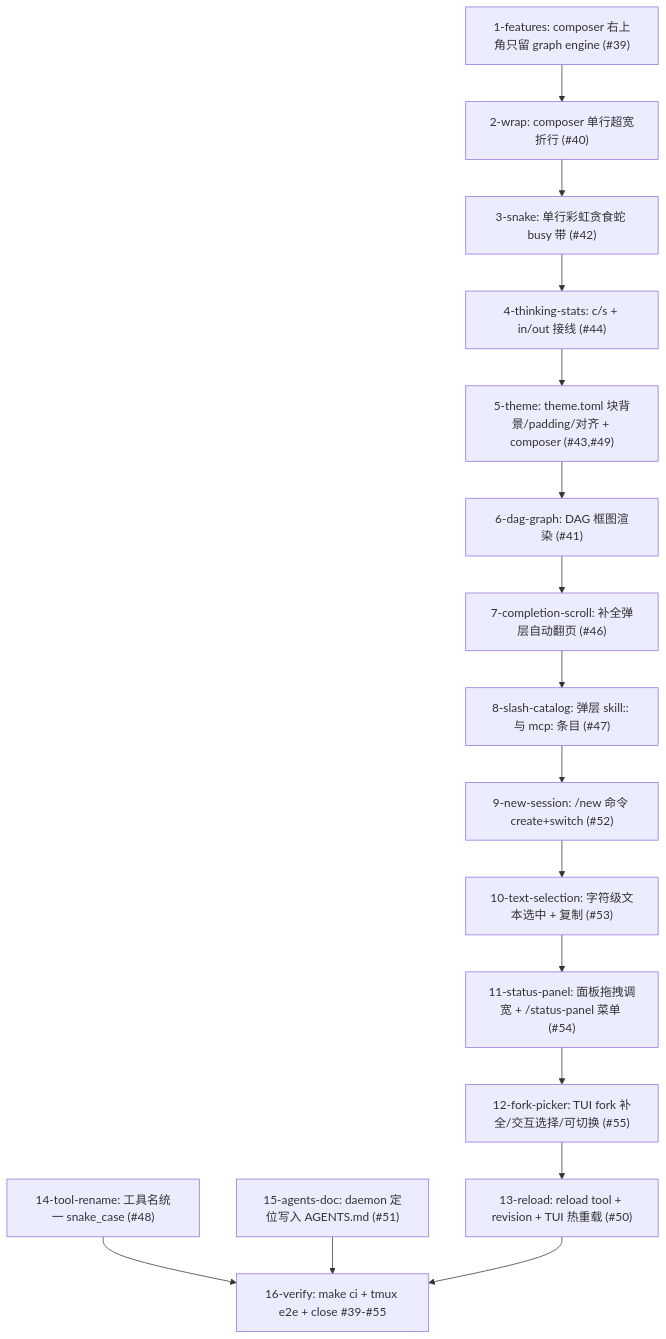
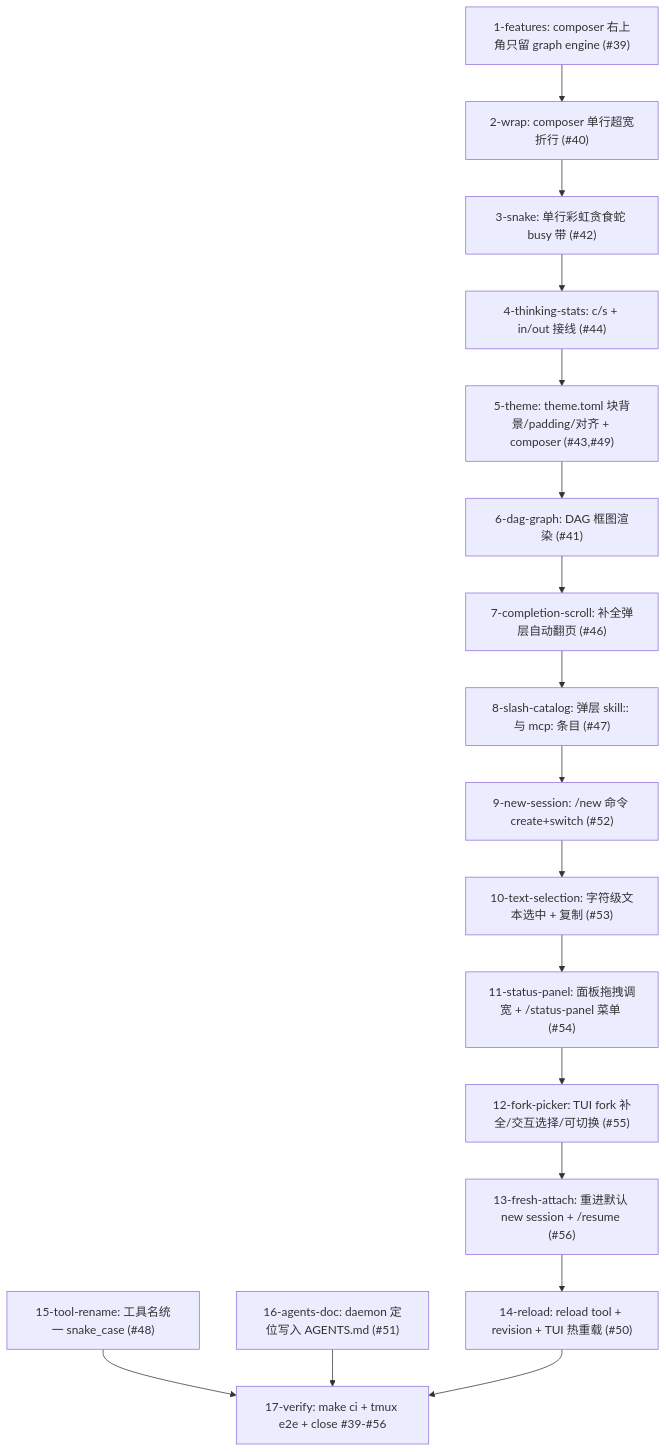
Before and after one commit to ptlzc/theway: the diagram in openspec/changes/tui-batch-polish/tasks.md, drawn with Mermaid. The commit also changed other lines of this file and 1 other file, not shown here.

Commit message:
docs(#56): TUI 重进默认 new session + /resume 恢复入列（13-fresh-attach）

````diff
--- a/openspec/changes/tui-batch-polish/tasks.md
+++ b/openspec/changes/tui-batch-polish/tasks.md
@@ -3,18 +3,19 @@
 ```mermaid
 graph TD
   A["1-features: composer 右上角只留 graph engine (#39)"] --> B["2-wrap: composer 单行超宽折行 (#40)"]
   B --> C["3-snake: 单行彩虹贪食蛇 busy 带 (#42)"]
   C --> D["4-thinking-stats: c/s + in/out 接线 (#44)"]
   D --> E["5-theme: theme.toml 块背景/padding/对齐 + composer (#43,#49)"]
   E --> F["6-dag-graph: DAG 框图渲染 (#41)"]
   F --> G["7-completion-scroll: 补全弹层自动翻页 (#46)"]
   G --> H["8-slash-catalog: 弹层 skill:: 与 mcp: 条目 (#47)"]
   H --> I["9-new-session: /new 命令 create+switch (#52)"]
   I --> J["10-text-selection: 字符级文本选中 + 复制 (#53)"]
   J --> K["11-status-panel: 面板拖拽调宽 + /status-panel 菜单 (#54)"]
   K --> L["12-fork-picker: TUI fork 补全/交互选择/可切换 (#55)"]
-  L --> M["13-reload: reload tool + revision + TUI 热重载 (#50)"]
-  N["14-tool-rename: 工具名统一 snake_case (#48)"] --> P["16-verify"]
-  O["15-agents-doc: daemon 定位写入 AGENTS.md (#51)"] --> P["16-verify"]
-  M --> P["16-verify: make ci + tmux e2e + close #39-#55"]
+  L --> M["13-fresh-attach: 重进默认 new session + /resume (#56)"]
+  M --> N["14-reload: reload tool + revision + TUI 热重载 (#50)"]
+  O["15-tool-rename: 工具名统一 snake_case (#48)"] --> Q["17-verify"]
+  P["16-agents-doc: daemon 定位写入 AGENTS.md (#51)"] --> Q["17-verify"]
+  N --> Q["17-verify: make ci + tmux e2e + close #39-#56"]
 ```
````
